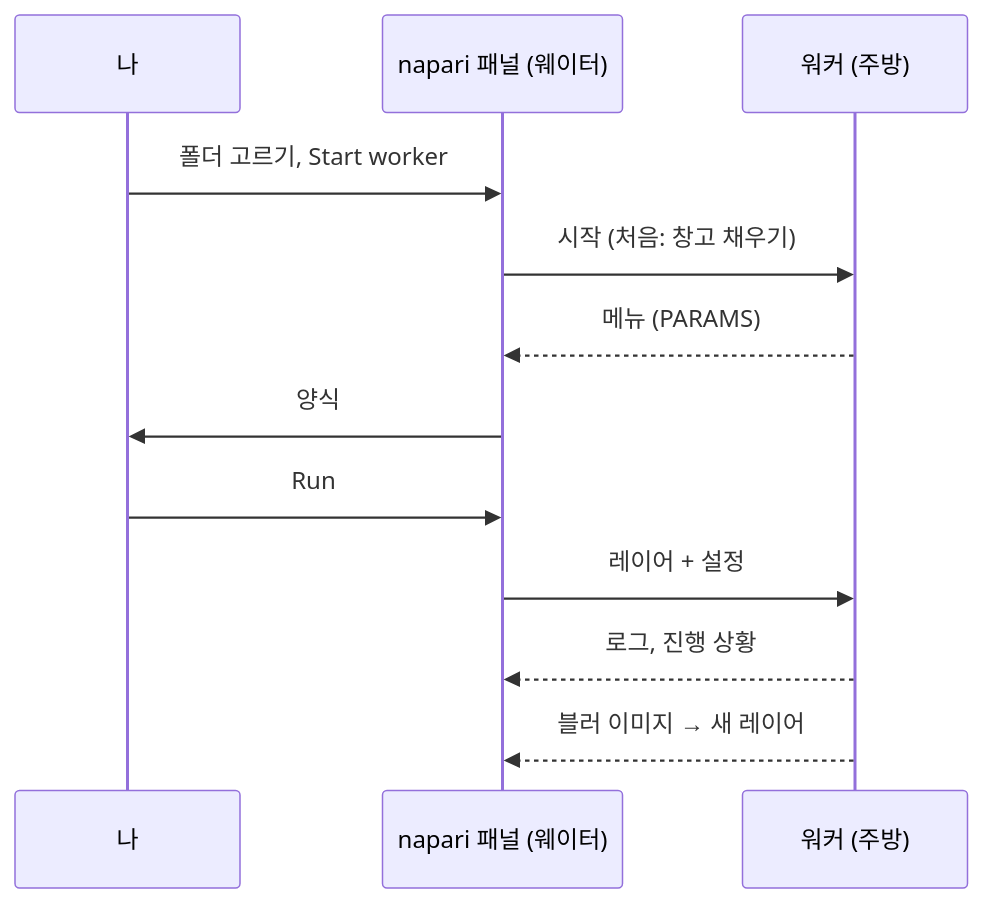
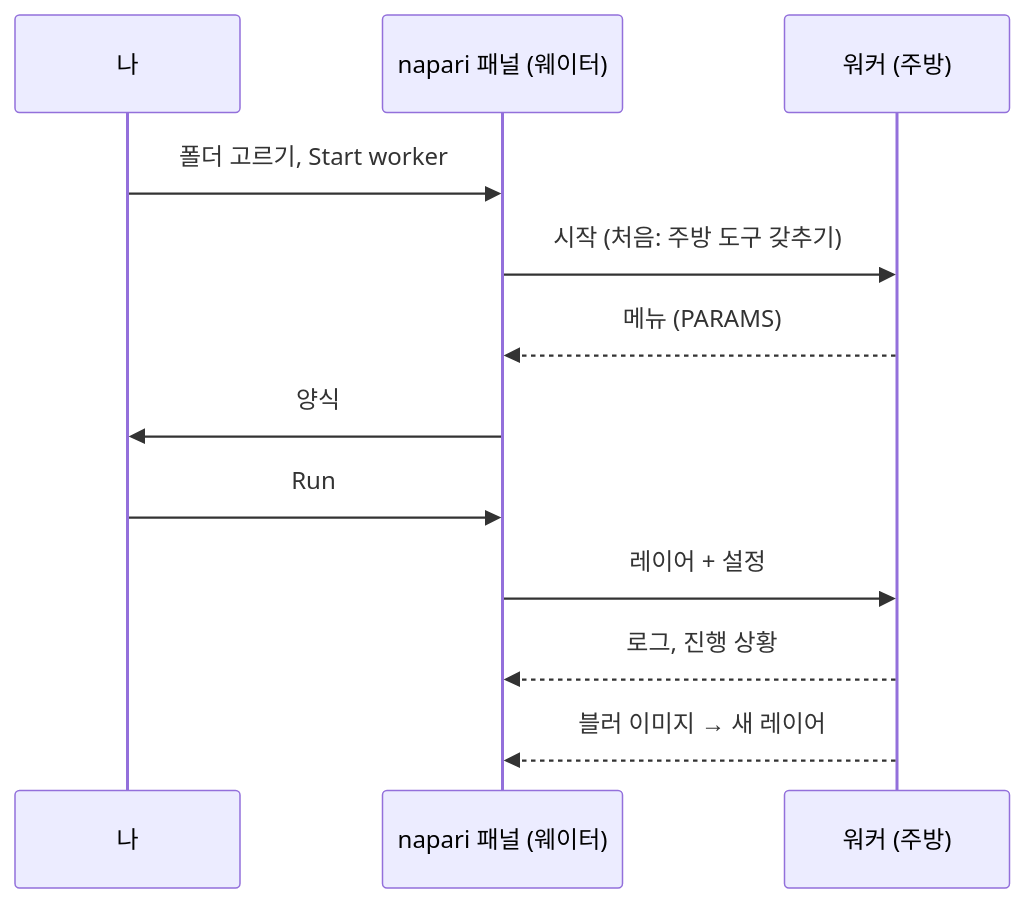
The diagram in guide/napari/first-run.ko.md (Oxford-Zeiss-Centre-of-Excellence/Wavu), drawn with Mermaid before and after one commit. The commit also changed other lines of this file and 221 other files, not shown here.

````diff
--- a/guide/napari/first-run.ko.md
+++ b/guide/napari/first-run.ko.md
@@ -10,14 +10,14 @@
 ```mermaid
 sequenceDiagram
     participant You as 나
     participant N as napari 패널 (웨이터)
     participant W as 워커 (주방)
     You->>N: 폴더 고르기, Start worker
-    N->>W: 시작 (처음: 창고 채우기)
+    N->>W: 시작 (처음: 주방 도구 갖추기)
     W-->>N: 메뉴 (PARAMS)
     N->>You: 양식
     You->>N: Run
     N->>W: 레이어 + 설정
     W-->>N: 로그, 진행 상황
     W-->>N: 블러 이미지 → 새 레이어
 ```
````
